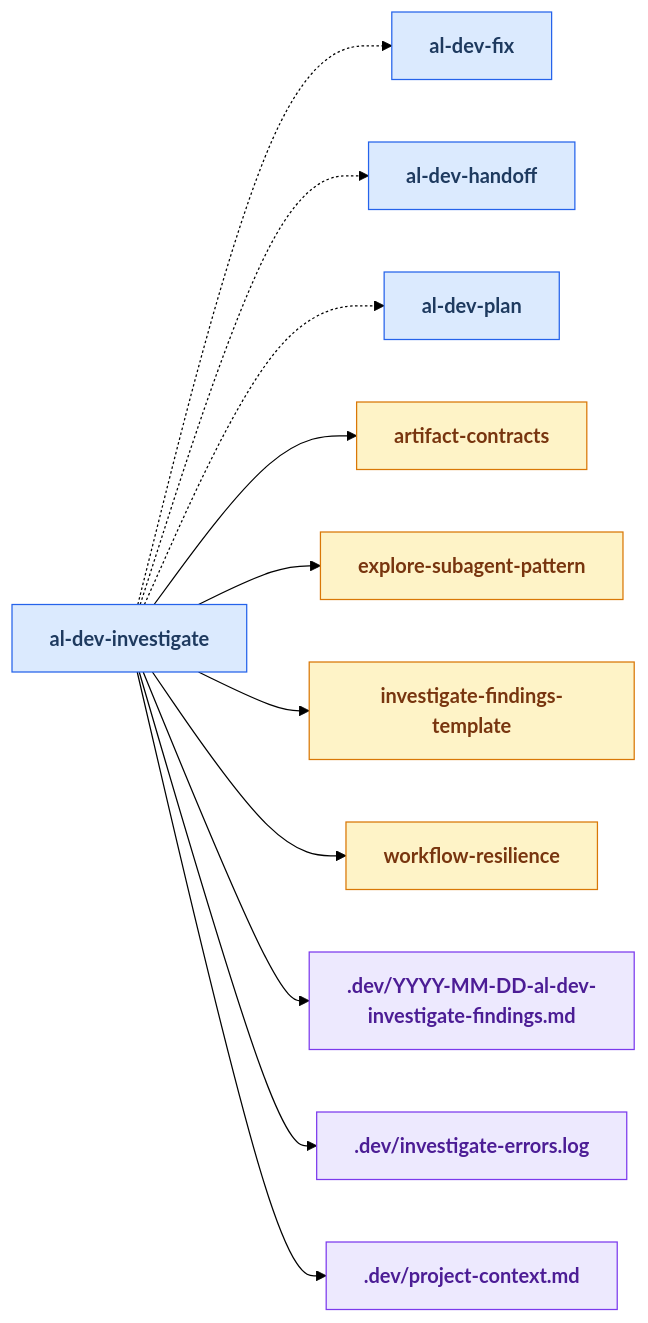
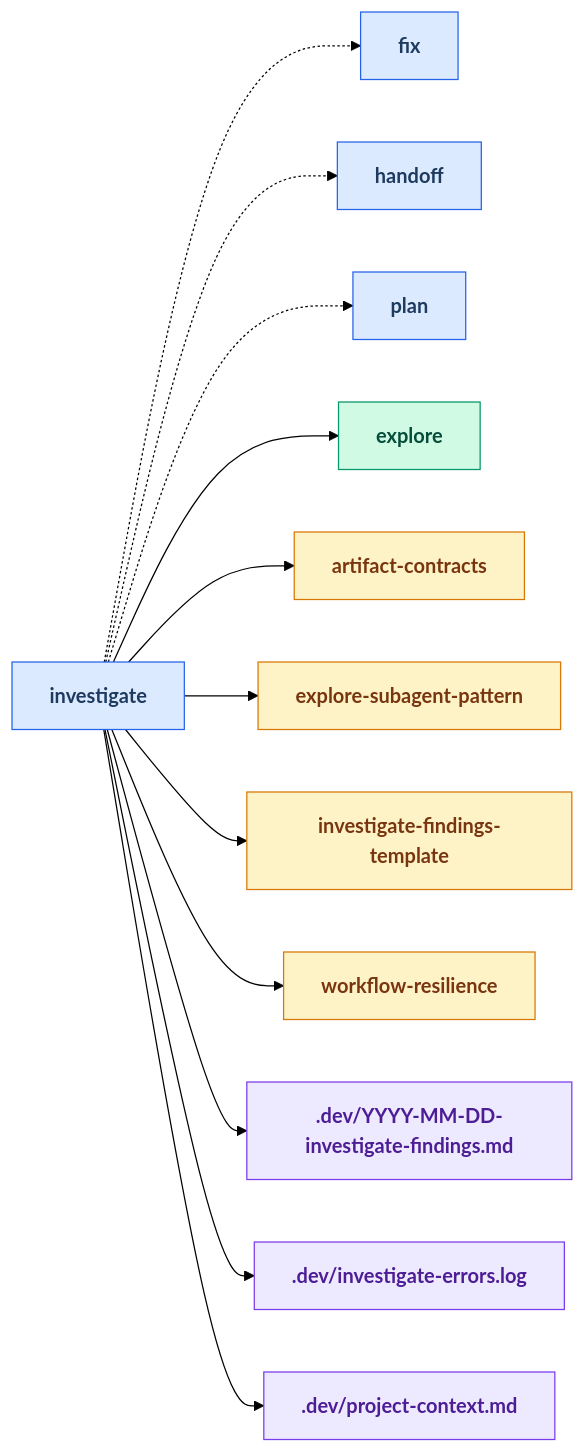
Before and after one commit to russell-laing/al-dev-shared: the fourth of 24 diagrams in docs/skills_map.md, drawn with Mermaid (forest theme). The commit also changed other lines of this file and 8 other files, not shown here.

````diff
--- a/docs/skills_map.md
+++ b/docs/skills_map.md
@@ -205,43 +211,46 @@
 ```mermaid
 flowchart LR
     classDef skillNode fill:#dbeafe,stroke:#2563eb,color:#1e3a5f,font-weight:bold
     classDef agentNode fill:#d1fae5,stroke:#059669,color:#064e3b,font-weight:bold
     classDef knowledgeNode fill:#fef3c7,stroke:#d97706,color:#78350f,font-weight:bold
     classDef artifactNode fill:#ede9fe,stroke:#7c3aed,color:#4c1d95,font-weight:bold
     classDef phaseNode fill:#e0e7ff,stroke:#6366f1,color:#312e81,font-weight:bold
 
-    skill_al_dev_investigate[al-dev-investigate]
-    skill_al_dev_fix[al-dev-fix]
-    skill_al_dev_handoff[al-dev-handoff]
-    skill_al_dev_plan[al-dev-plan]
+    skill_investigate[investigate]
+    skill_fix[fix]
+    skill_handoff[handoff]
+    skill_plan[plan]
+    agent_explore[explore]
     knowledge_artifact_contracts_md[artifact-contracts]
     knowledge_explore_subagent_pattern_md[explore-subagent-pattern]
     knowledge_investigate_findings_template_md[investigate-findings-template]
     knowledge_workflow_resilience_md[workflow-resilience]
-    artifact_YYYY_MM_DD_al_dev_investigate_findings_md[.dev/YYYY-MM-DD-al-dev-investigate-findings.md]
+    artifact_YYYY_MM_DD_investigate_findings_md[.dev/YYYY-MM-DD-investigate-findings.md]
     artifact_investigate_errors_log[.dev/investigate-errors.log]
     artifact_project_context_md[.dev/project-context.md]
 
-    skill_al_dev_investigate -.-> skill_al_dev_fix
-    skill_al_dev_investigate -.-> skill_al_dev_handoff
-    skill_al_dev_investigate -.-> skill_al_dev_plan
-    skill_al_dev_investigate --> knowledge_artifact_contracts_md
-    skill_al_dev_investigate --> knowledge_explore_subagent_pattern_md
-    skill_al_dev_investigate --> knowledge_investigate_findings_template_md
-    skill_al_dev_investigate --> knowledge_workflow_resilience_md
-    skill_al_dev_investigate --> artifact_YYYY_MM_DD_al_dev_investigate_findings_md
-    skill_al_dev_investigate --> artifact_investigate_errors_log
-    skill_al_dev_investigate --> artifact_project_context_md
+    skill_investigate -.-> skill_fix
+    skill_investigate -.-> skill_handoff
+    skill_investigate -.-> skill_plan
+    skill_investigate --> agent_explore
+    skill_investigate --> knowledge_artifact_contracts_md
+    skill_investigate --> knowledge_explore_subagent_pattern_md
+    skill_investigate --> knowledge_investigate_findings_template_md
+    skill_investigate --> knowledge_workflow_resilience_md
+    skill_investigate --> artifact_YYYY_MM_DD_investigate_findings_md
+    skill_investigate --> artifact_investigate_errors_log
+    skill_investigate --> artifact_project_context_md
 
-    class skill_al_dev_investigate skillNode
-    class skill_al_dev_fix skillNode
-    class skill_al_dev_handoff skillNode
-    class skill_al_dev_plan skillNode
+    class skill_investigate skillNode
+    class skill_fix skillNode
+    class skill_handoff skillNode
+    class skill_plan skillNode
+    class agent_explore agentNode
     class knowledge_artifact_contracts_md knowledgeNode
     class knowledge_explore_subagent_pattern_md knowledgeNode
     class knowledge_investigate_findings_template_md knowledgeNode
     class knowledge_workflow_resilience_md knowledgeNode
-    class artifact_YYYY_MM_DD_al_dev_investigate_findings_md artifactNode
+    class artifact_YYYY_MM_DD_investigate_findings_md artifactNode
     class artifact_investigate_errors_log artifactNode
     class artifact_project_context_md artifactNode
 ```
````
